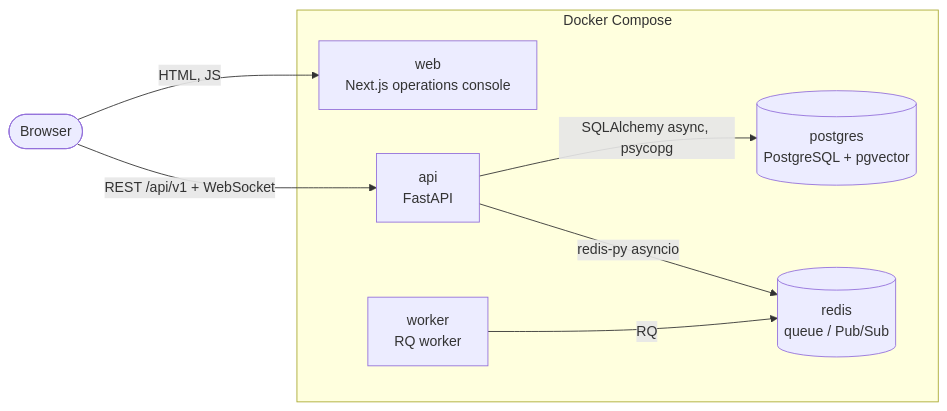
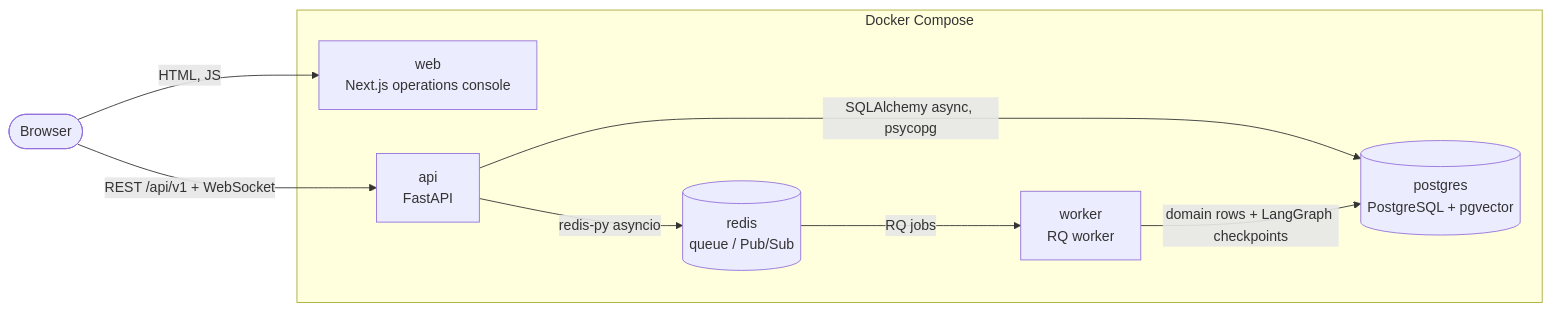
One commit to sachin-11/opspilot-ai changed the first of 6 diagrams in docs/architecture.md. Above: the diagram before and after it, drawn with Mermaid. The commit also changed other lines of this file and 38 other files, not shown here.

````diff
--- a/docs/architecture.md
+++ b/docs/architecture.md
@@ -5,16 +5,17 @@
 ```mermaid
 flowchart LR
     user([Browser])
     subgraph compose[Docker Compose]
         web["web<br/>Next.js operations console"]
         api["api<br/>FastAPI"]
         worker["worker<br/>RQ worker"]
         pg[("postgres<br/>PostgreSQL + pgvector")]
         redis[("redis<br/>queue / Pub/Sub")]
     end
     user -->|HTML, JS| web
     user -->|"REST /api/v1 + WebSocket"| api
     api -->|SQLAlchemy async, psycopg| pg
     api -->|redis-py asyncio| redis
-    worker -->|RQ| redis
+    redis -->|RQ jobs| worker
+    worker -->|domain rows + LangGraph checkpoints| pg
 ```
````
